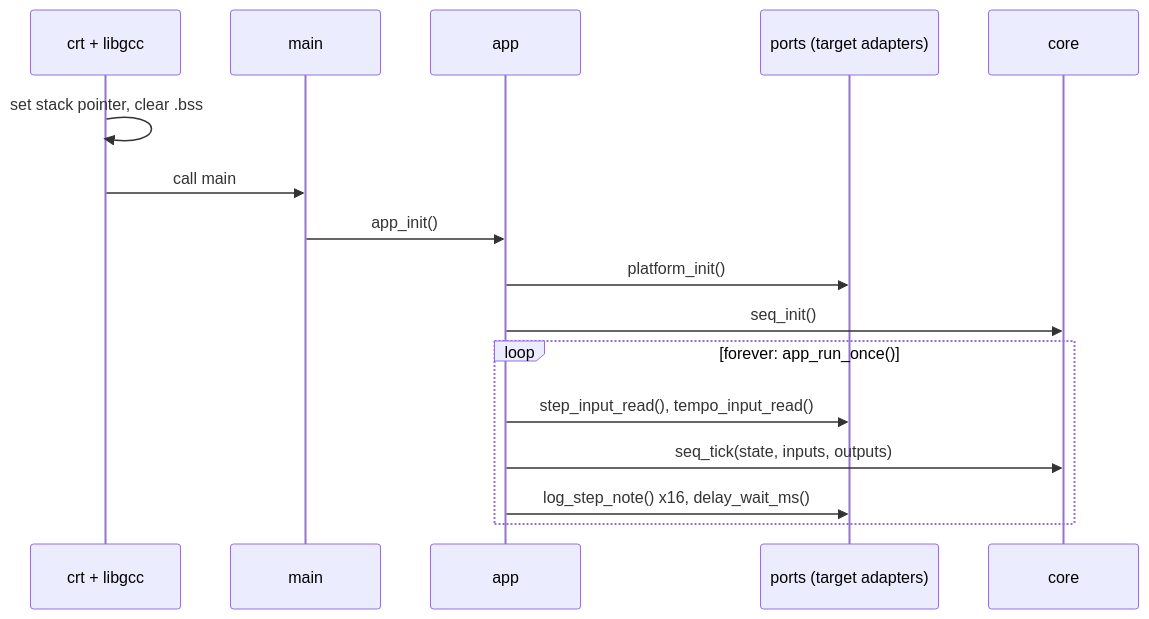
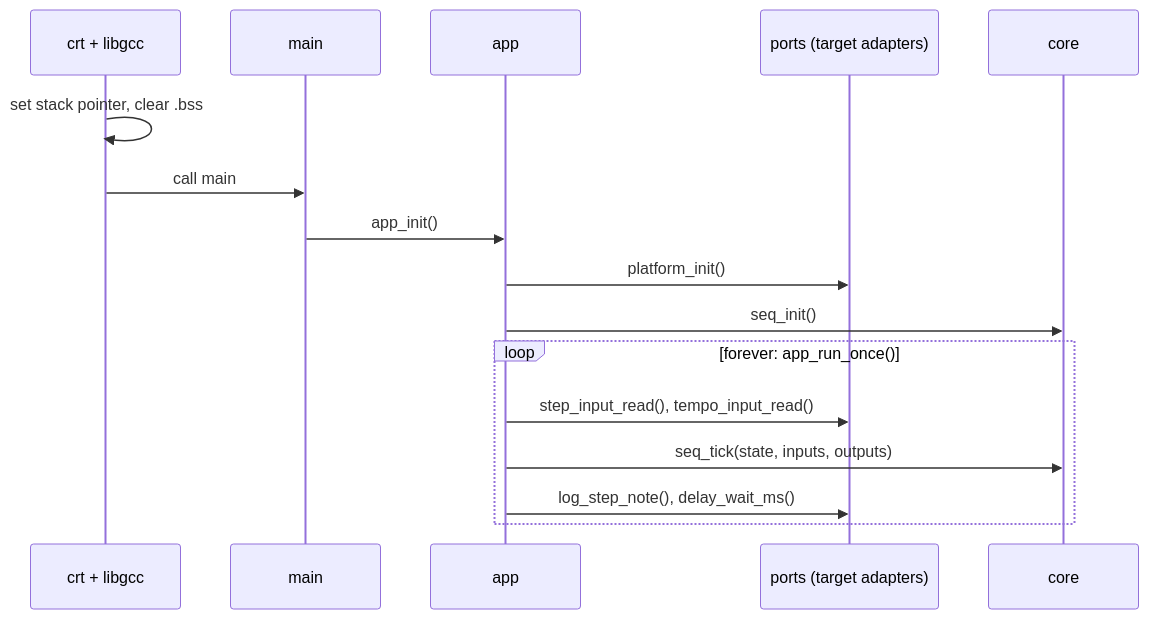
The third of 18 diagrams in docs/ARCHITECTURE.md (BonelessPig/nano_sequencer), drawn with Mermaid before and after one commit. The commit also changed other lines of this file and 8 other files, not shown here.

First line of the commit message:
Advance one step per tick and log only the step played

````diff
--- a/docs/ARCHITECTURE.md
+++ b/docs/ARCHITECTURE.md
@@ -113,18 +113,18 @@
 ```mermaid
 sequenceDiagram
     participant CRT as crt + libgcc
     participant M as main
     participant A as app
     participant P as ports (target adapters)
     participant C as core
     CRT->>CRT: set stack pointer, clear .bss
     CRT->>M: call main
     M->>A: app_init()
     A->>P: platform_init()
     A->>C: seq_init()
     loop forever: app_run_once()
         A->>P: step_input_read(), tempo_input_read()
         A->>C: seq_tick(state, inputs, outputs)
-        A->>P: log_step_note() x16, delay_wait_ms()
+        A->>P: log_step_note(), delay_wait_ms()
     end
 ```
````
